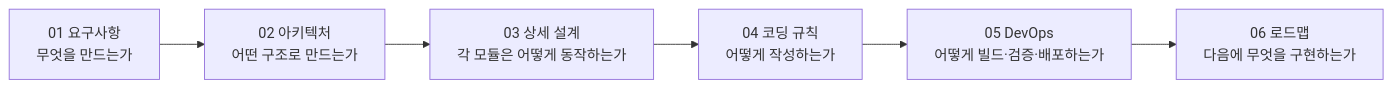
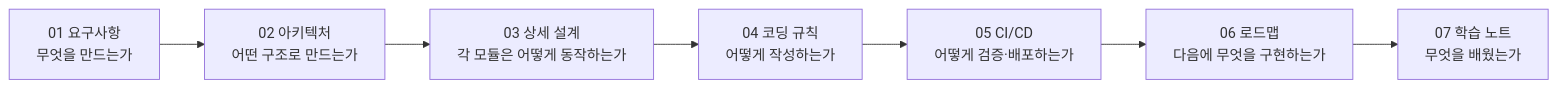
Before and after one commit to ChoHye0N/TinyDeskPet: the diagram in docs/README.md, drawn with Mermaid. The commit also changed other lines of this file and 14 other files, not shown here.

````diff
--- a/docs/README.md
+++ b/docs/README.md
@@ -8,8 +8,9 @@
 ```mermaid
 flowchart LR
     A["01 요구사항<br/>무엇을 만드는가"] --> B["02 아키텍처<br/>어떤 구조로 만드는가"]
     B --> C["03 상세 설계<br/>각 모듈은 어떻게 동작하는가"]
     C --> D["04 코딩 규칙<br/>어떻게 작성하는가"]
-    D --> E["05 DevOps<br/>어떻게 빌드·검증·배포하는가"]
+    D --> E["05 CI/CD<br/>어떻게 검증·배포하는가"]
     E --> F["06 로드맵<br/>다음에 무엇을 구현하는가"]
+    F --> G["07 학습 노트<br/>무엇을 배웠는가"]
 ```
````
